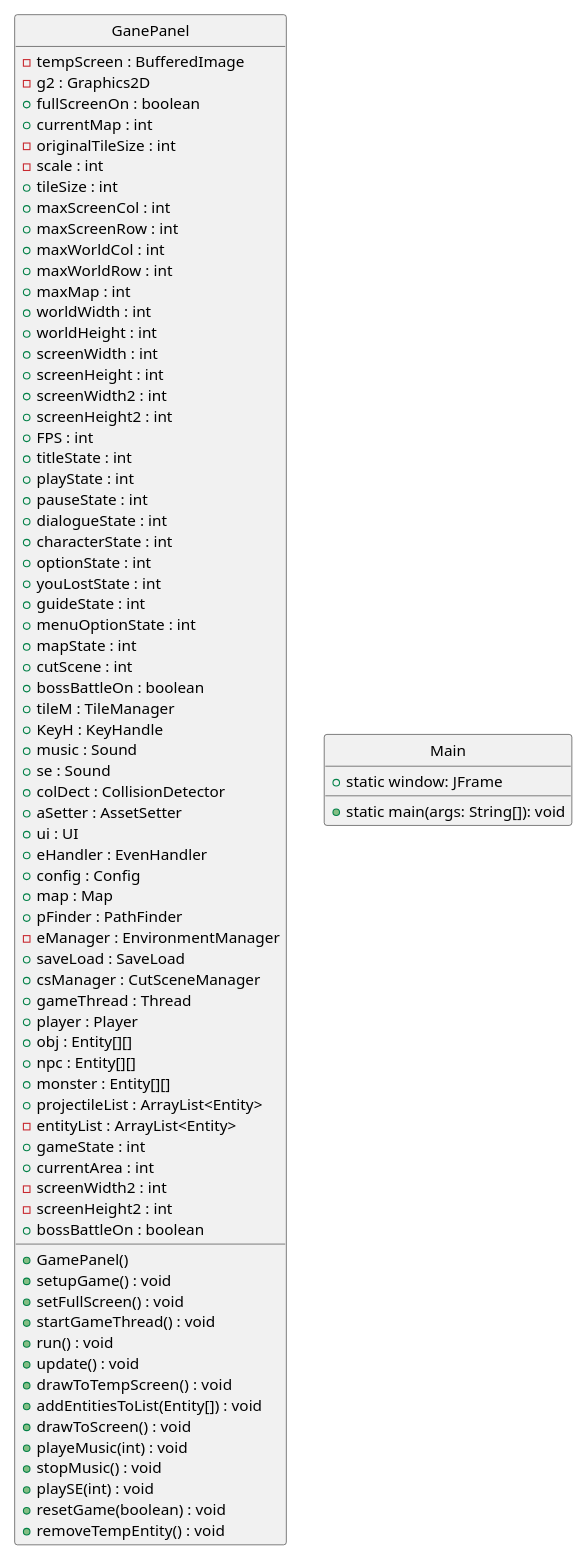
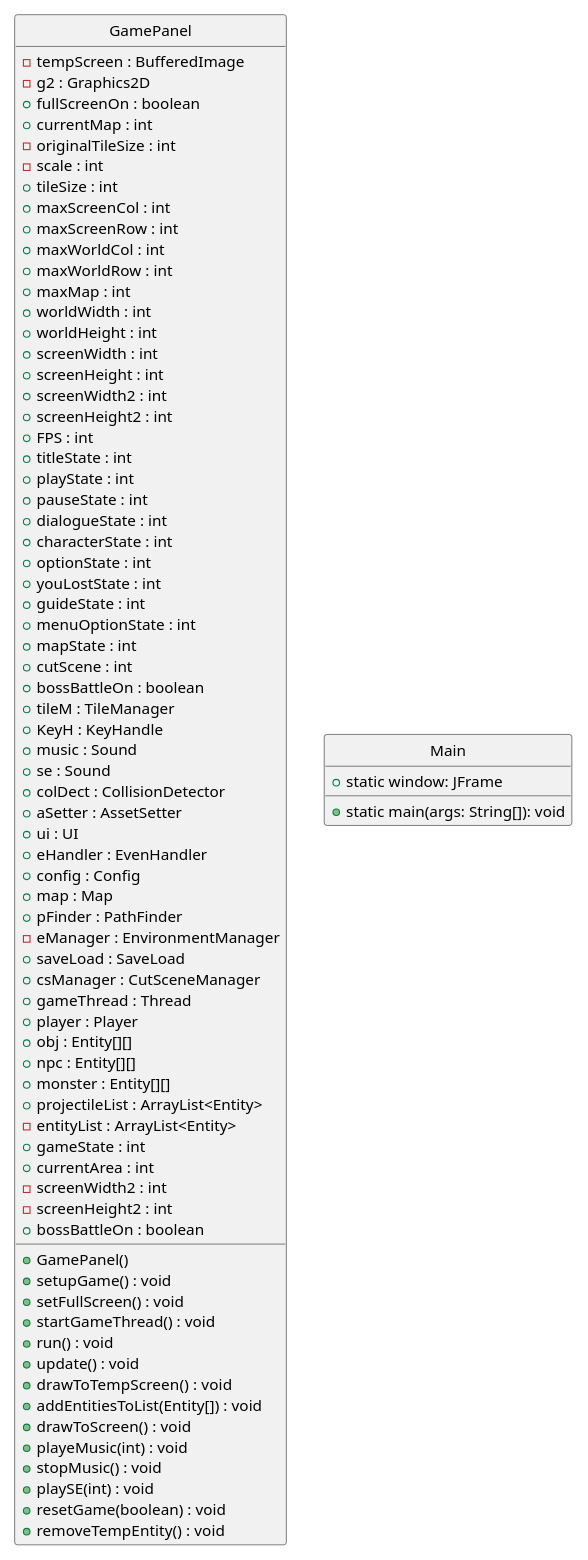
One commit to notrealqt/HCMIU-Escigma changed the diagram in Report/UML/main/main.puml. Above: the diagram before and after it, drawn with PlantUML. The commit also changed 5 other files, not shown here.

```diff
--- a/Report/UML/main/main.puml
+++ b/Report/UML/main/main.puml
@@ -1,82 +1,82 @@
 @startuml "main"
 hide circle
 scale 1920*1080
-class GanePanel {
+class GamePanel {
     - tempScreen : BufferedImage
     - g2 : Graphics2D
     + fullScreenOn : boolean
     + currentMap : int
     - originalTileSize : int
     - scale : int
     + tileSize : int
     + maxScreenCol : int
     + maxScreenRow : int
     + maxWorldCol : int
     + maxWorldRow : int
     + maxMap : int
     + worldWidth : int
     + worldHeight : int
     + screenWidth : int
     + screenHeight : int
     + screenWidth2 : int
     + screenHeight2 : int
     + FPS : int
     + titleState : int
     + playState : int
     + pauseState : int
     + dialogueState : int
     + characterState : int
     + optionState : int
     + youLostState : int
     + guideState : int
     + menuOptionState : int
     + mapState : int
     + cutScene : int
     + bossBattleOn : boolean
     + tileM : TileManager
     + KeyH : KeyHandle
     + music : Sound
     + se : Sound
     + colDect : CollisionDetector
     + aSetter : AssetSetter
     + ui : UI
     + eHandler : EvenHandler
     + config : Config
     + map : Map
     + pFinder : PathFinder
     - eManager : EnvironmentManager
     + saveLoad : SaveLoad
     + csManager : CutSceneManager
     + gameThread : Thread
     + player : Player
     + obj : Entity[][]
     + npc : Entity[][]
     + monster : Entity[][]
     + projectileList : ArrayList<Entity>
     - entityList : ArrayList<Entity>
     + gameState : int
     + currentArea : int
     - screenWidth2 : int
     - screenHeight2 : int
     + bossBattleOn : boolean
     + GamePanel()
     + setupGame() : void
     + setFullScreen() : void
     + startGameThread() : void
     + run() : void
     + update() : void
     + drawToTempScreen() : void
     + addEntitiesToList(Entity[]) : void
     + drawToScreen() : void
     + playeMusic(int) : void
     + stopMusic() : void
     + playSE(int) : void
     + resetGame(boolean) : void
     + removeTempEntity() : void
 }
 class Main {
     + static window: JFrame
     + static main(args: String[]): void
 }
 
 @enduml 
```
